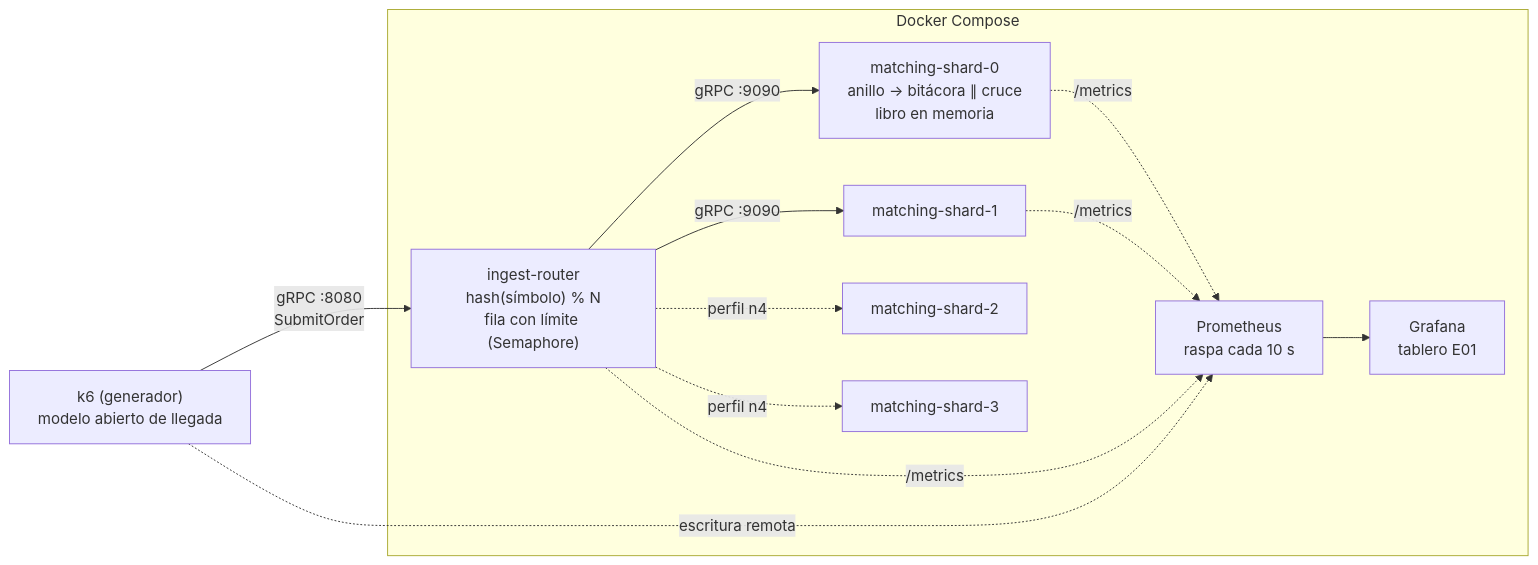
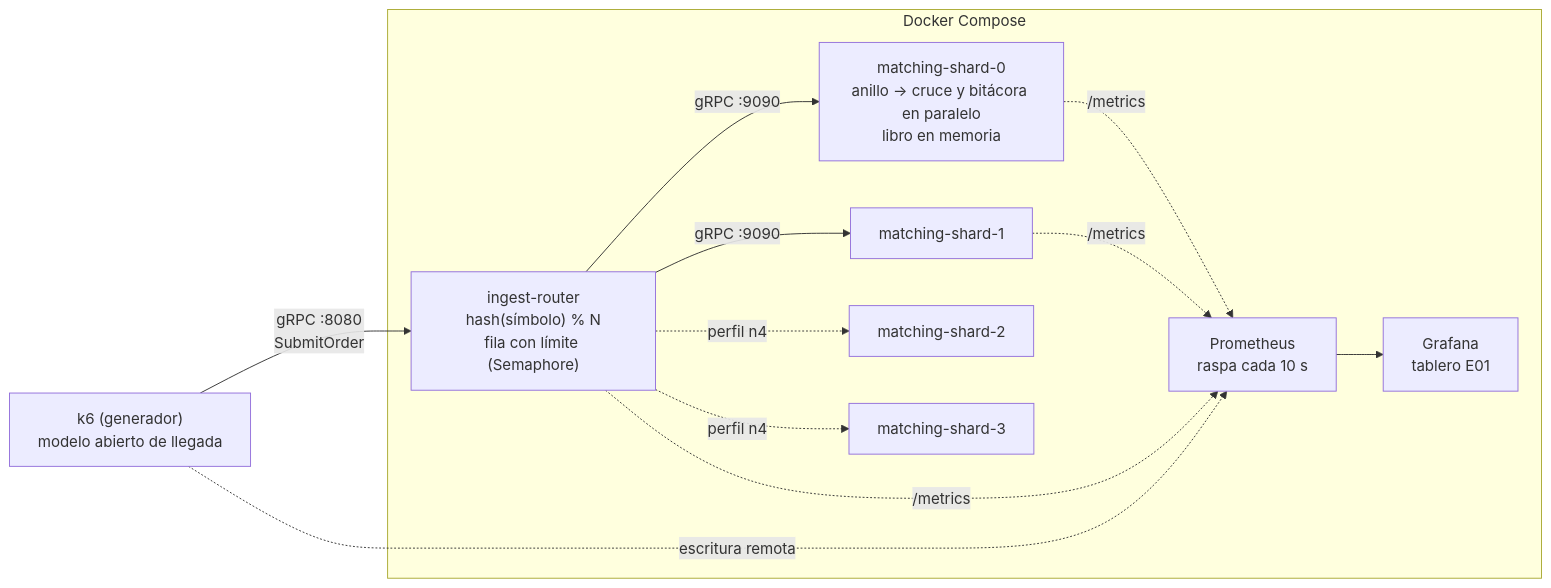
Before and after one commit to MATI-MBIT/arqsoft-reto-1: the diagram in docs/implementacion.md, drawn with Mermaid. The commit also changed other lines of this file and 1 other file, not shown here.

````diff
--- a/docs/implementacion.md
+++ b/docs/implementacion.md
@@ -16,16 +16,16 @@
 ```mermaid
 flowchart LR
-    K6["k6 (generador)\nmodelo abierto de llegada"] -- "gRPC :8080\nSubmitOrder" --> R
+    K6["k6 (generador)<br/>modelo abierto de llegada"] -- "gRPC :8080<br/>SubmitOrder" --> R
     subgraph Docker Compose
-      R["ingest-router\nhash(símbolo) % N\nfila con límite (Semaphore)"]
-      R -- "gRPC :9090" --> S0["matching-shard-0\nanillo → bitácora ∥ cruce\nlibro en memoria"]
+      R["ingest-router<br/>hash(símbolo) % N<br/>fila con límite (Semaphore)"]
+      R -- "gRPC :9090" --> S0["matching-shard-0<br/>anillo → cruce y bitácora en paralelo<br/>libro en memoria"]
       R -- "gRPC :9090" --> S1["matching-shard-1"]
       R -. "perfil n4" .-> S2["matching-shard-2"]
       R -. "perfil n4" .-> S3["matching-shard-3"]
-      S0 -. "/metrics" .-> P["Prometheus\nraspa cada 10 s"]
+      S0 -. "/metrics" .-> P["Prometheus<br/>raspa cada 10 s"]
       S1 -. "/metrics" .-> P
       R  -. "/metrics" .-> P
-      P --> G["Grafana\ntablero E01"]
+      P --> G["Grafana<br/>tablero E01"]
     end
     K6 -. "escritura remota" .-> P
 ```
````
